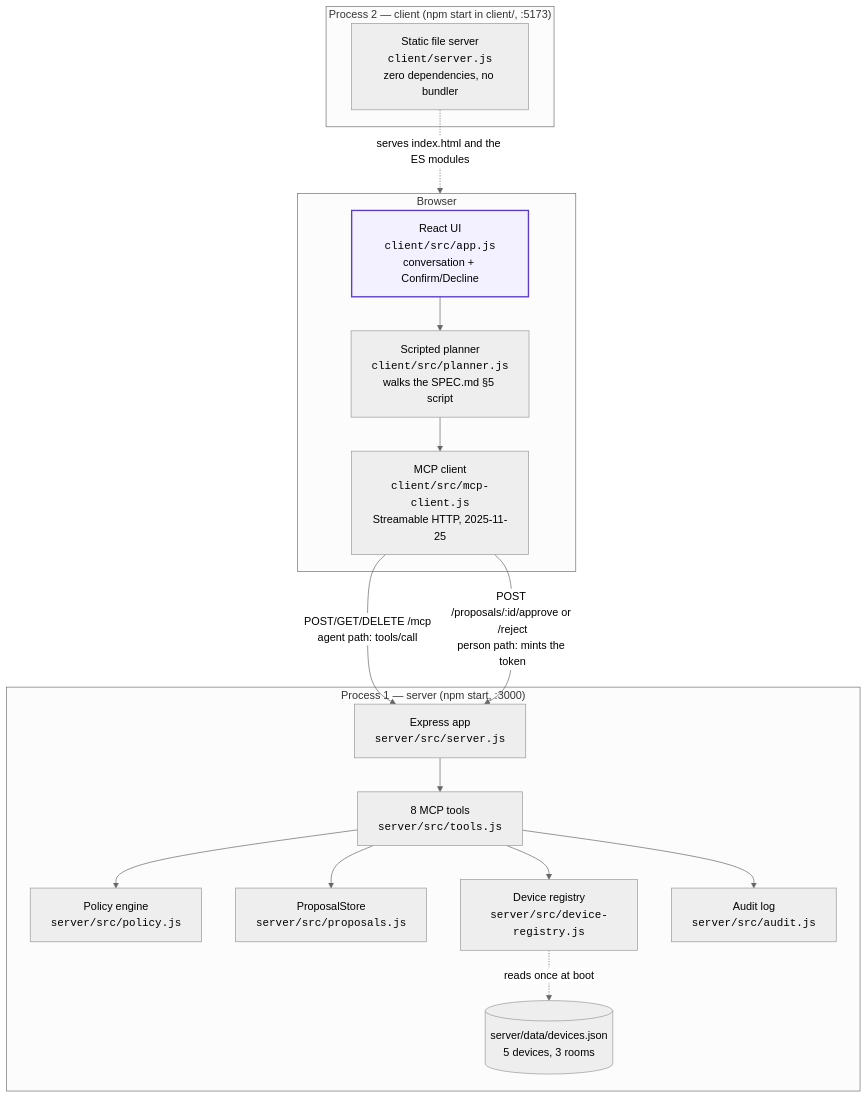
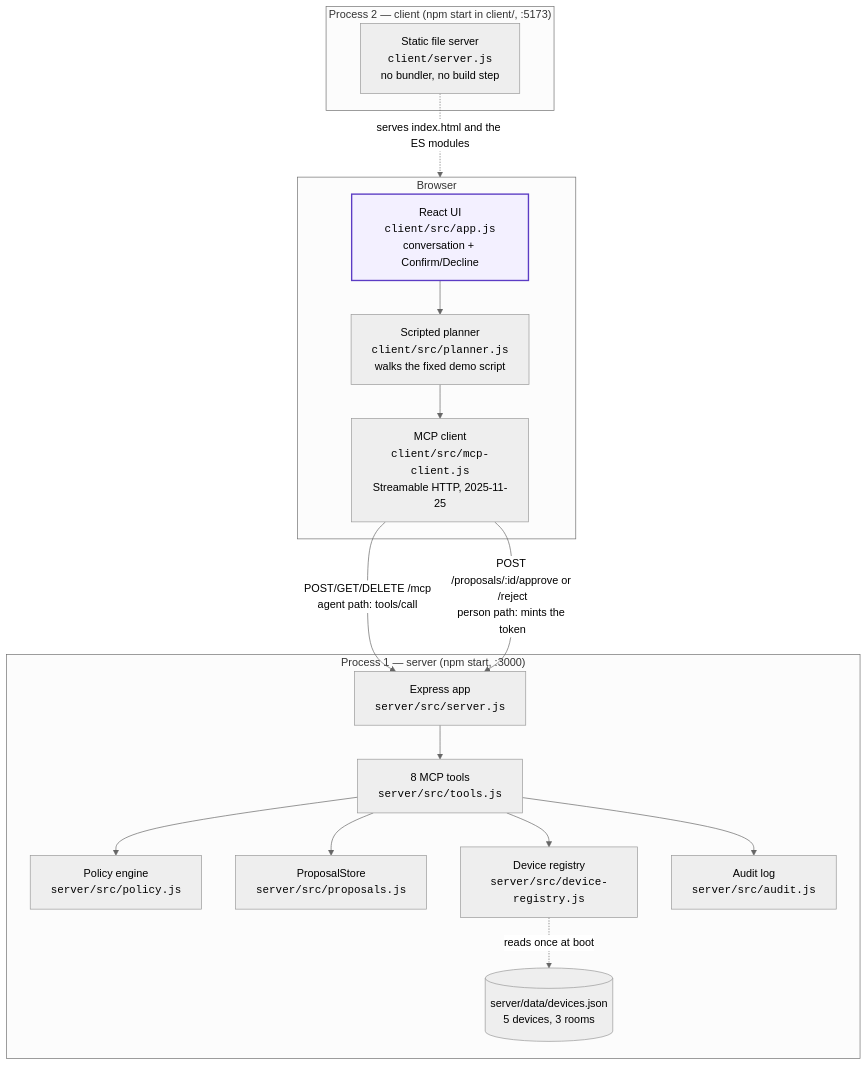
Before and after one commit to guptachetan1995/alexa-plus: the first of 2 diagrams in docs/architecture.md, drawn with Mermaid (neutral theme). The commit also changed other lines of this file and 29 other files, not shown here.

````diff
--- a/docs/architecture.md
+++ b/docs/architecture.md
@@ -17,37 +17,37 @@
 ```mermaid
 graph TB
     subgraph browser["Browser"]
         UI["React UI<br/><code>client/src/app.js</code><br/>conversation + Confirm/Decline"]
-        PLAN["Scripted planner<br/><code>client/src/planner.js</code><br/>walks the SPEC.md §5 script"]
+        PLAN["Scripted planner<br/><code>client/src/planner.js</code><br/>walks the fixed demo script"]
         MCPC["MCP client<br/><code>client/src/mcp-client.js</code><br/>Streamable HTTP, 2025-11-25"]
         UI --> PLAN
         PLAN --> MCPC
     end
 
     subgraph cproc["Process 2 — client (npm start in client/, :5173)"]
-        STATIC["Static file server<br/><code>client/server.js</code><br/>zero dependencies, no bundler"]
+        STATIC["Static file server<br/><code>client/server.js</code><br/>no bundler, no build step"]
     end
 
     subgraph sproc["Process 1 — server (npm start, :3000)"]
         EXPRESS["Express app<br/><code>server/src/server.js</code>"]
         TOOLS["8 MCP tools<br/><code>server/src/tools.js</code>"]
         POLICY["Policy engine<br/><code>server/src/policy.js</code>"]
         PROPS["ProposalStore<br/><code>server/src/proposals.js</code>"]
         REG["Device registry<br/><code>server/src/device-registry.js</code>"]
         AUDIT["Audit log<br/><code>server/src/audit.js</code>"]
         SEED[("server/data/devices.json<br/>5 devices, 3 rooms")]
         EXPRESS --> TOOLS
         TOOLS --> POLICY
         TOOLS --> PROPS
         TOOLS --> REG
         TOOLS --> AUDIT
         REG -.->|"reads once at boot"| SEED
     end
 
     STATIC -.->|"serves index.html and the ES modules"| browser
     MCPC -->|"POST/GET/DELETE /mcp<br/>agent path: tools/call"| EXPRESS
     MCPC -->|"POST /proposals/:id/approve or /reject<br/>person path: mints the token"| EXPRESS
 
     classDef human fill:#f3f0ff,stroke:#5b3cc4,stroke-width:2px
     class UI human
 ```
````
